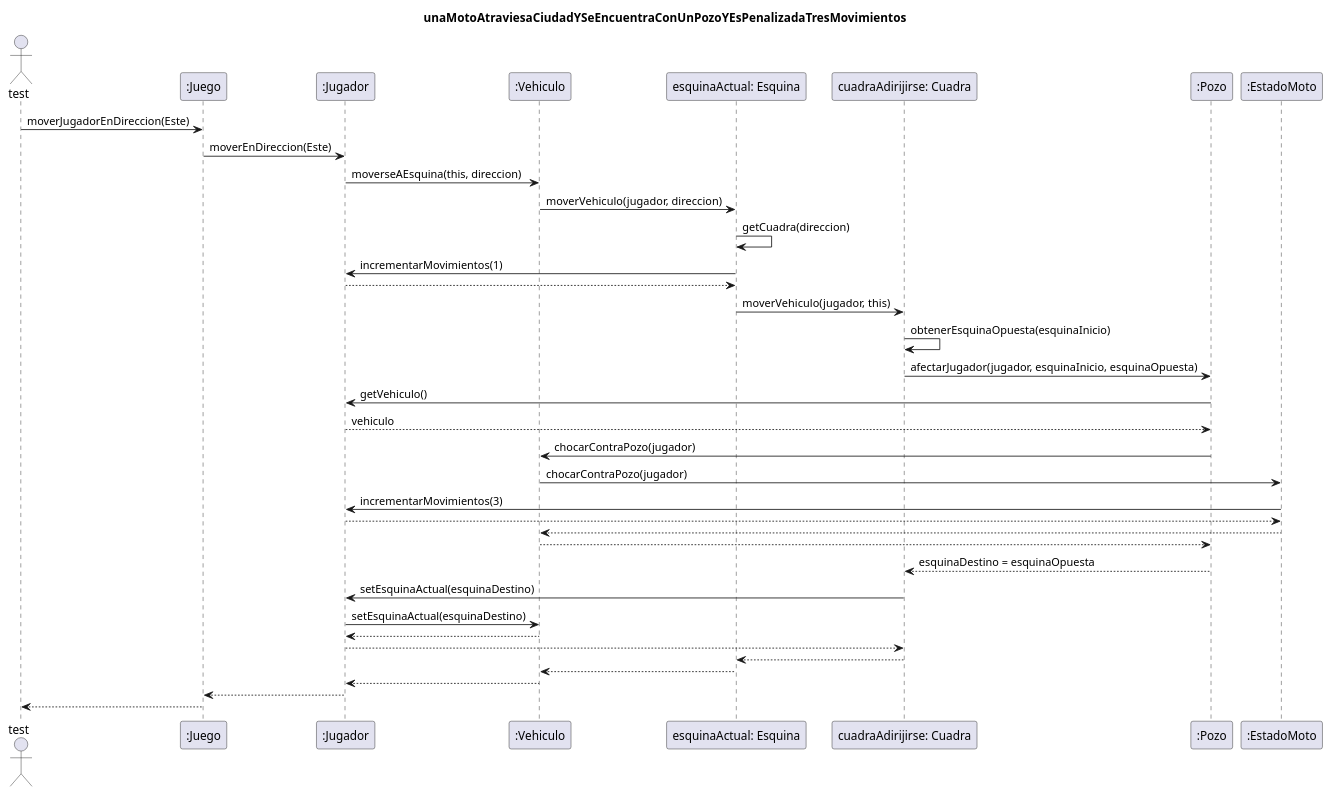
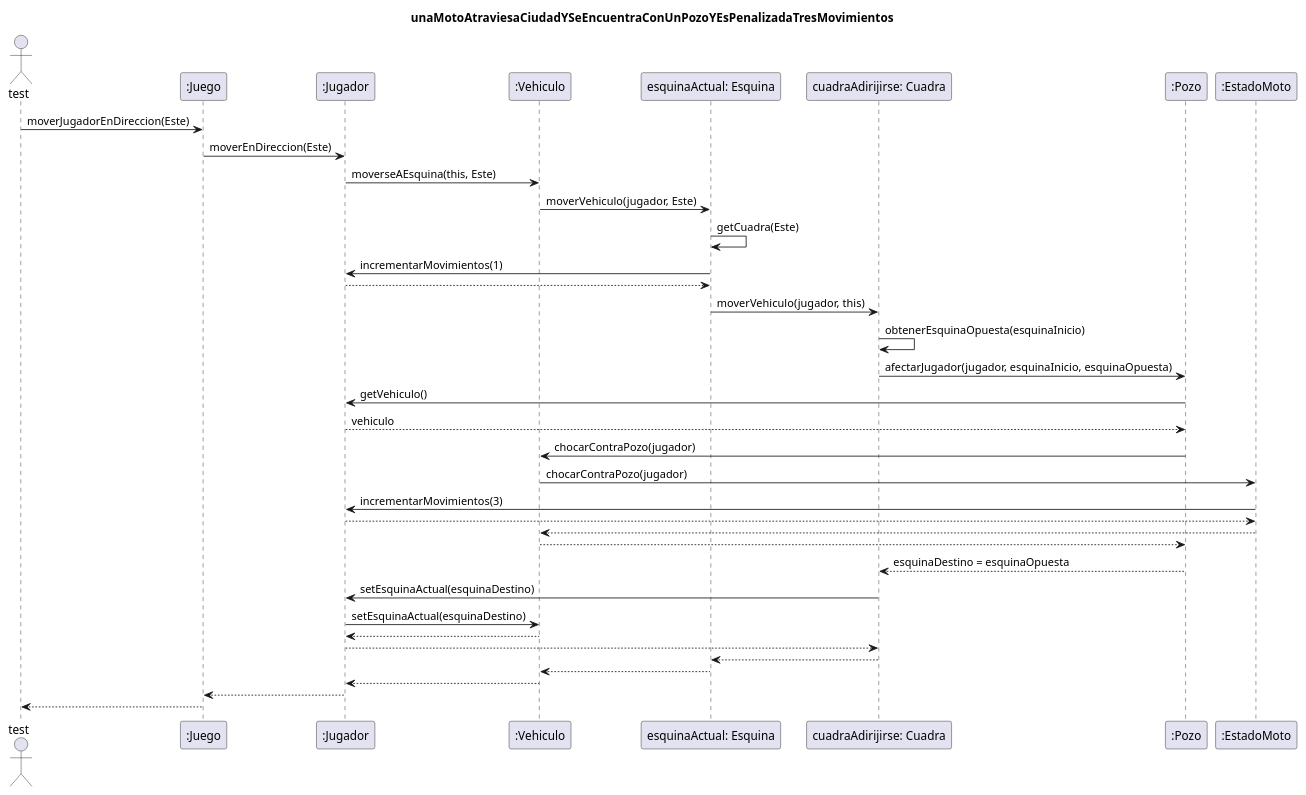
Before and after one commit to TP2Algo3FIUBA/tp2: the diagram in diagrams/sequences/entrega01/CasoDeUso01.plantuml, drawn with PlantUML. The commit also changed 8 other files, not shown here.

Commit message:
Actualizacion diagrama secuencia UML

```diff
--- a/diagrams/sequences/entrega01/CasoDeUso01.plantuml
+++ b/diagrams/sequences/entrega01/CasoDeUso01.plantuml
@@ -1,40 +1,39 @@
 @startuml
 
 title: unaMotoAtraviesaCiudadYSeEncuentraConUnPozoYEsPenalizadaTresMovimientos
 
-
 Actor test
 test -> ":Juego" : moverJugadorEnDireccion(Este)
 ":Juego" -> ":Jugador"  : moverEnDireccion(Este)
-":Jugador"  -> ":Vehiculo" : moverseAEsquina(this, direccion)
-":Vehiculo" -> "esquinaActual: Esquina" : moverVehiculo(jugador, direccion)
-"esquinaActual: Esquina" -> "esquinaActual: Esquina" : getCuadra(direccion)
+":Jugador"  -> ":Vehiculo" : moverseAEsquina(this, Este)
+":Vehiculo" -> "esquinaActual: Esquina" : moverVehiculo(jugador, Este)
+"esquinaActual: Esquina" -> "esquinaActual: Esquina" : getCuadra(Este)
 "esquinaActual: Esquina" -> ":Jugador" : incrementarMovimientos(1)
 return
 
 "esquinaActual: Esquina" -> "cuadraAdirijirse: Cuadra" : moverVehiculo(jugador, this)
 "cuadraAdirijirse: Cuadra" -> "cuadraAdirijirse: Cuadra" : obtenerEsquinaOpuesta(esquinaInicio)
 "cuadraAdirijirse: Cuadra" -> ":Pozo" : afectarJugador(jugador, esquinaInicio, esquinaOpuesta)
 
 ":Pozo" -> ":Jugador" : getVehiculo()
 return vehiculo
 ":Pozo" -> ":Vehiculo" : chocarContraPozo(jugador)
 ":Vehiculo" -> ":EstadoMoto" : chocarContraPozo(jugador)
 ":EstadoMoto" -> ":Jugador" : incrementarMovimientos(3)
 ":Jugador" --> ":EstadoMoto"
 ":EstadoMoto" --> ":Vehiculo"
 ":Vehiculo" --> ":Pozo"
 
 ":Pozo" --> "cuadraAdirijirse: Cuadra" : esquinaDestino = esquinaOpuesta
 "cuadraAdirijirse: Cuadra" -> ":Jugador" : setEsquinaActual(esquinaDestino)
 ":Jugador" -> ":Vehiculo" : setEsquinaActual(esquinaDestino)
 
 return
 ":Jugador" --> "cuadraAdirijirse: Cuadra"
 "cuadraAdirijirse: Cuadra" --> "esquinaActual: Esquina"
 "esquinaActual: Esquina" --> ":Vehiculo"
 ":Vehiculo" --> ":Jugador"
 ":Jugador" --> ":Juego"
 ":Juego" --> test
 
 @enduml
```
